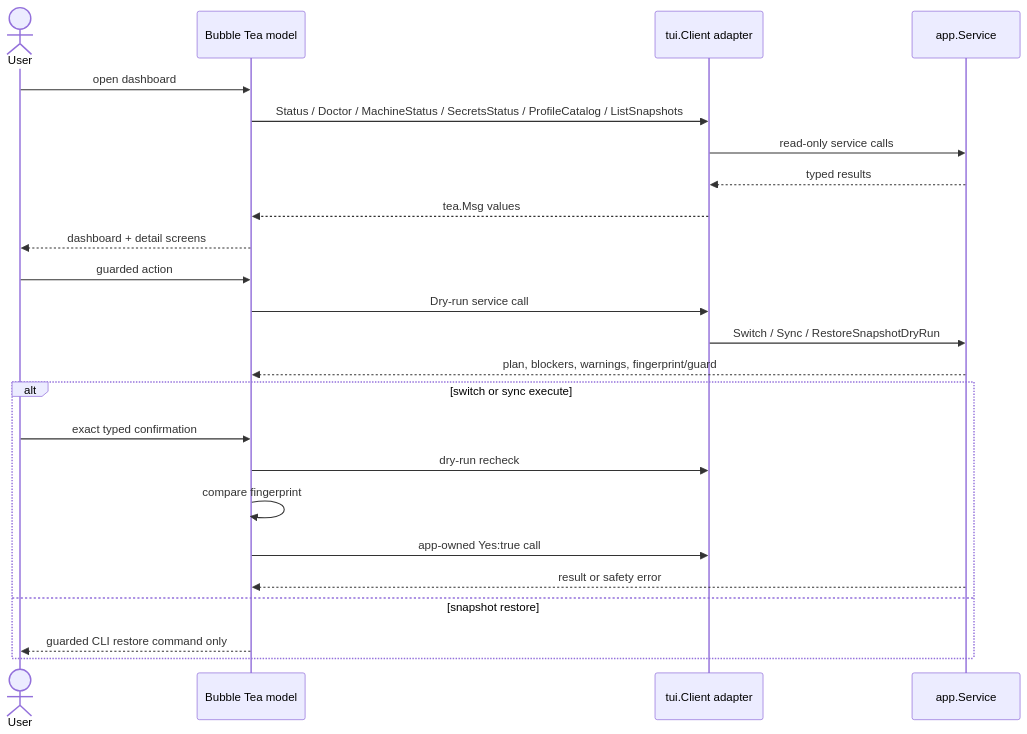
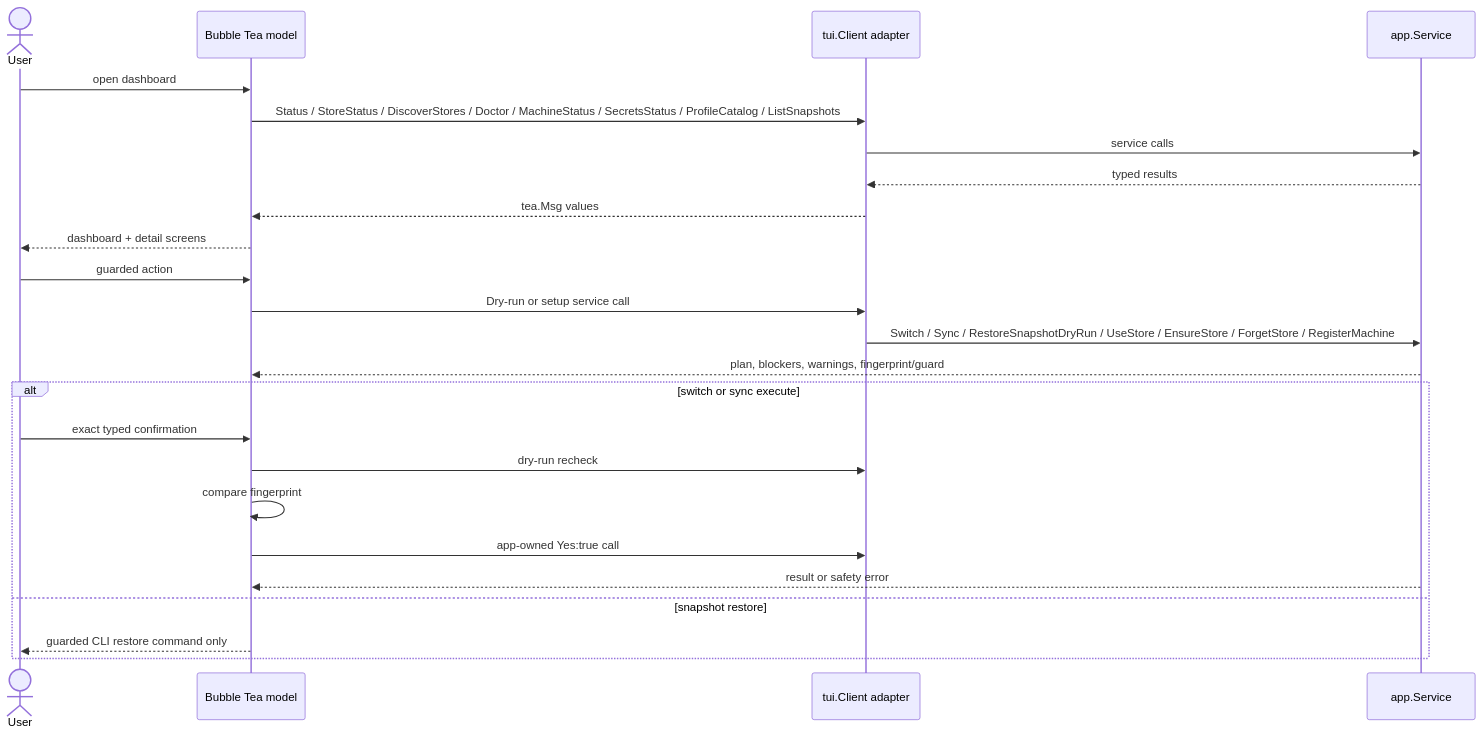
Before and after one commit to asudbring/loki-profile-manager: the fifth of 6 diagrams in docs/ARCHITECTURE.md, drawn with Mermaid. The commit also changed other lines of this file and 35 other files, not shown here.

Commit message:
feat: add store setup and installers

````diff
--- a/docs/ARCHITECTURE.md
+++ b/docs/ARCHITECTURE.md
@@ -283,28 +283,28 @@
 ```mermaid
 sequenceDiagram
     actor User
     participant TUI as Bubble Tea model
     participant Client as tui.Client adapter
     participant App as app.Service
 
     User->>TUI: open dashboard
-    TUI->>Client: Status / Doctor / MachineStatus / SecretsStatus / ProfileCatalog / ListSnapshots
-    Client->>App: read-only service calls
+    TUI->>Client: Status / StoreStatus / DiscoverStores / Doctor / MachineStatus / SecretsStatus / ProfileCatalog / ListSnapshots
+    Client->>App: service calls
     App-->>Client: typed results
     Client-->>TUI: tea.Msg values
     TUI-->>User: dashboard + detail screens
 
     User->>TUI: guarded action
-    TUI->>Client: Dry-run service call
-    Client->>App: Switch / Sync / RestoreSnapshotDryRun
+    TUI->>Client: Dry-run or setup service call
+    Client->>App: Switch / Sync / RestoreSnapshotDryRun / UseStore / EnsureStore / ForgetStore / RegisterMachine
     App-->>TUI: plan, blockers, warnings, fingerprint/guard
     alt switch or sync execute
         User->>TUI: exact typed confirmation
         TUI->>Client: dry-run recheck
         TUI->>TUI: compare fingerprint
         TUI->>Client: app-owned Yes:true call
         App-->>TUI: result or safety error
     else snapshot restore
         TUI-->>User: guarded CLI restore command only
     end
 ```
````
